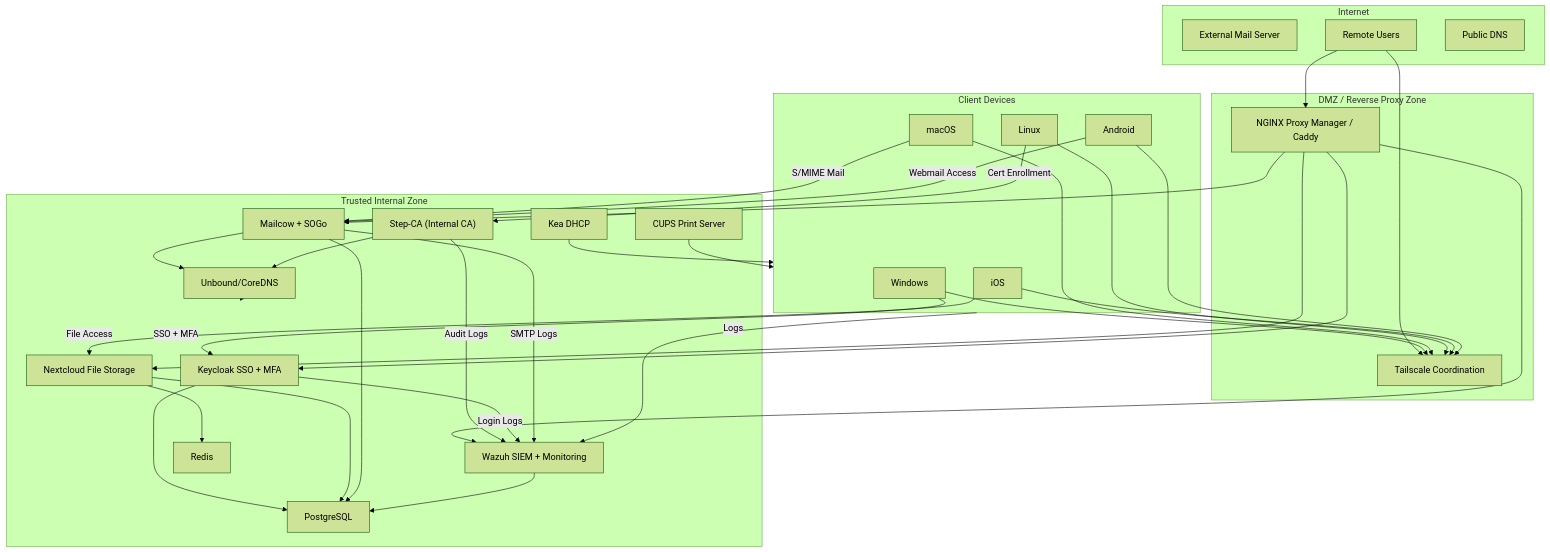
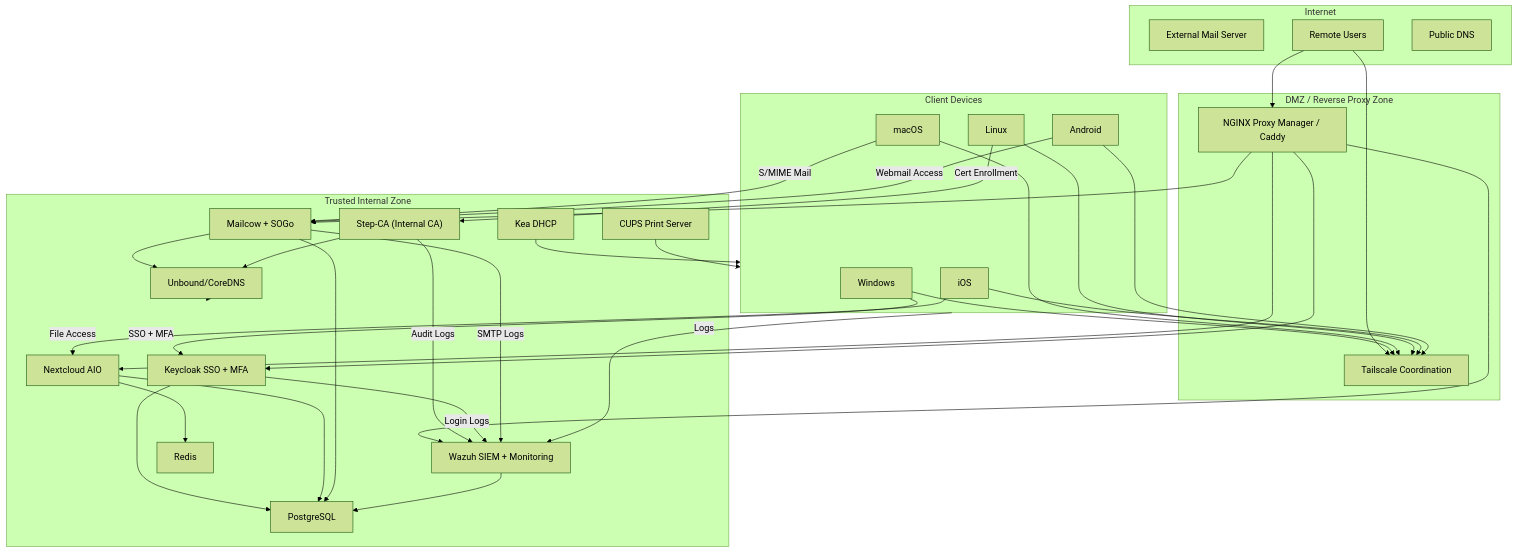
Before and after one commit to mtkell/mkdocs: the diagram in open-cmmc-stack/docs/img/diagrams/network-topology.mmd, drawn with Mermaid (forest theme). The commit also changed 6 other files, not shown here.

Commit message:
update the Nextcloud AIO server

```diff
--- a/open-cmmc-stack/docs/img/diagrams/network-topology.mmd
+++ b/open-cmmc-stack/docs/img/diagrams/network-topology.mmd
@@ -1,69 +1,69 @@
 flowchart TD
     subgraph Internet
         EXT1["External Mail Server"]
         EXT2["Remote Users"]
         EXT3["Public DNS"]
     end
 
     subgraph Perimeter["DMZ / Reverse Proxy Zone"]
         NGINX["NGINX Proxy Manager / Caddy"]
         TUNNEL["Tailscale Coordination"]
     end
 
     subgraph Internal["Trusted Internal Zone"]
         KC["Keycloak SSO + MFA"]
-        NC["Nextcloud File Storage"]
+        NC["Nextcloud AIO"]
         MC["Mailcow + SOGo"]
         STEPCA["Step-CA (Internal CA)"]
         WAZUH["Wazuh SIEM + Monitoring"]
         DNS["Unbound/CoreDNS"]
         DHCP["Kea DHCP"]
         PRINT["CUPS Print Server"]
         DB["PostgreSQL"]
         CACHE["Redis"]
     end
 
     subgraph Clients["Client Devices"]
         WIN["Windows"]
         MAC["macOS"]
         LINUX["Linux"]
         IOS["iOS"]
         ANDR["Android"]
     end
 
     EXT2 --> NGINX
     EXT2 --> TUNNEL
 
     WIN --> TUNNEL
     MAC --> TUNNEL
     LINUX --> TUNNEL
     IOS --> TUNNEL
     ANDR --> TUNNEL
 
     WIN -->|SSO + MFA| KC
     MAC -->|S/MIME Mail| MC
     LINUX -->|Cert Enrollment| STEPCA
     IOS -->|File Access| NC
     ANDR -->|Webmail Access| MC
 
     NGINX --> KC
     NGINX --> NC
     NGINX --> MC
     NGINX --> WAZUH
 
     KC --> DB
     NC --> DB
     MC --> DB
     NC --> CACHE
     MC --> DNS
     STEPCA --> DNS
     WAZUH --> DB
 
     DHCP --> Clients
     DNS --> Internal
     PRINT --> Clients
 
     Clients -->|Logs| WAZUH
     STEPCA -->|Audit Logs| WAZUH
     KC -->|Login Logs| WAZUH
     MC -->|SMTP Logs| WAZUH
```
